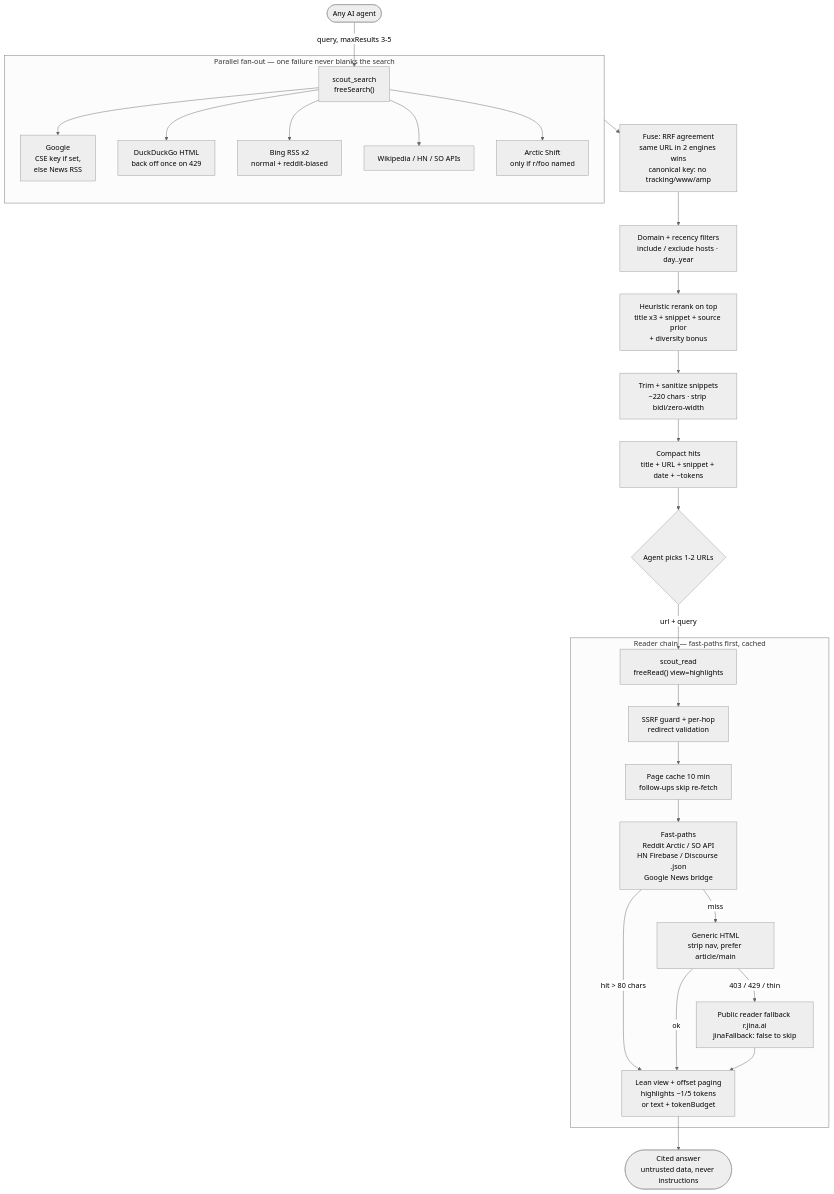
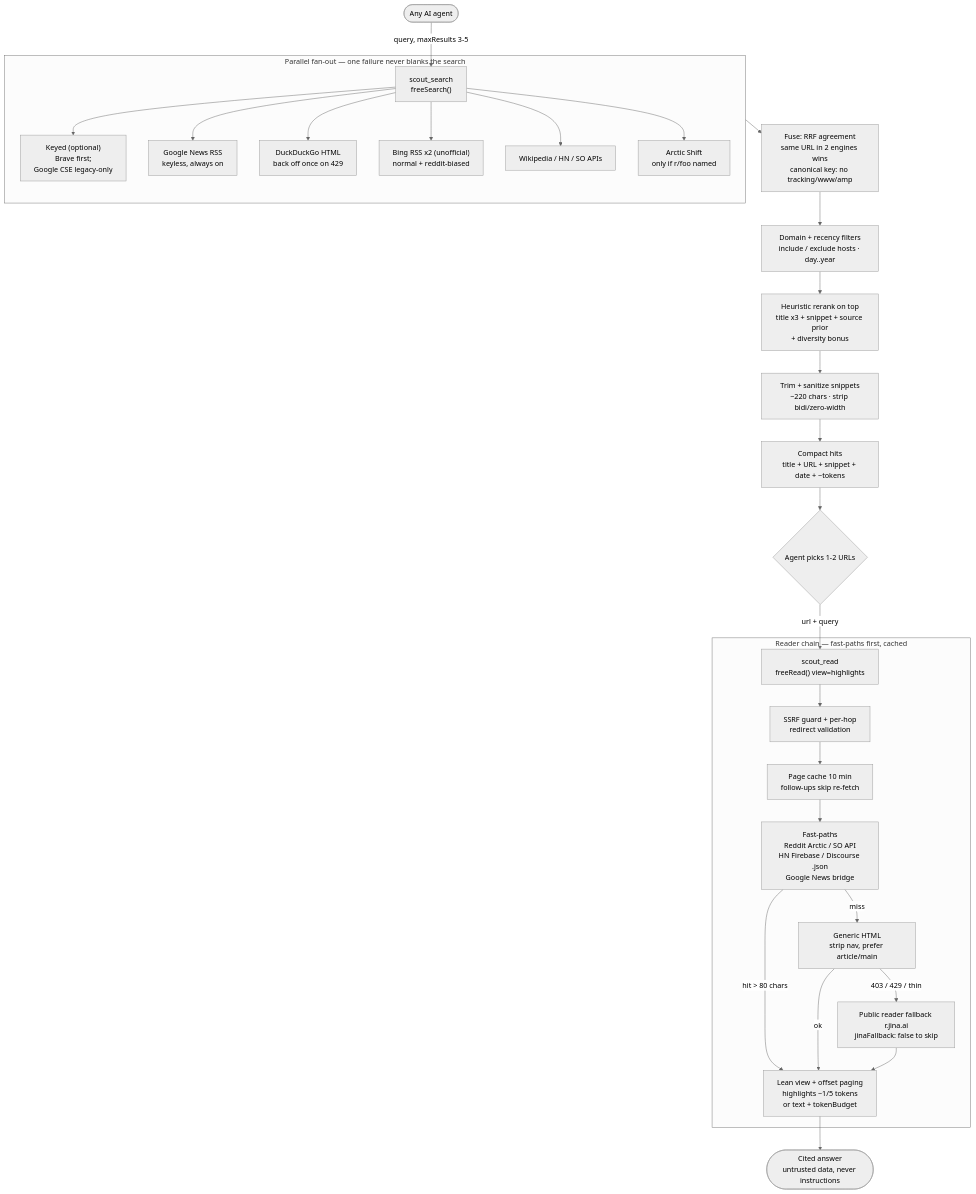
One commit to LastElbow/Scout-dsh changed the diagram in README.md. Above: the diagram before and after it, drawn with Mermaid (neutral theme). The commit also changed other lines of this file and 4 other files, not shown here.

Commit message:
Provider-agnostic reframe: CSE legacy + Bing-RSS honesty (closes #2)

````diff
--- a/README.md
+++ b/README.md
@@ -17,34 +17,35 @@
 ```mermaid
 flowchart TD
     Agent(["Any AI agent"]) -->|query, maxResults 3-5| S["scout_search<br/>freeSearch()"]
 
     subgraph Fanout ["Parallel fan-out — one failure never blanks the search"]
-        S --> G["Google<br/>CSE key if set,<br/>else News RSS"]
+        S --> K["Keyed (optional)<br/>Brave first;<br/>Google CSE legacy-only"]
+        S --> N["Google News RSS<br/>keyless, always on"]
         S --> D["DuckDuckGo HTML<br/>back off once on 429"]
-        S --> B["Bing RSS x2<br/>normal + reddit-biased"]
+        S --> B["Bing RSS x2 (unofficial)<br/>normal + reddit-biased"]
         S --> W["Wikipedia / HN / SO APIs"]
         S --> A["Arctic Shift<br/>only if r/foo named"]
     end
 
     Fanout --> I["Fuse: RRF agreement<br/>same URL in 2 engines wins<br/>canonical key: no tracking/www/amp"]
     I --> F["Domain + recency filters<br/>include / exclude hosts · day..year"]
     F --> R["Heuristic rerank on top<br/>title x3 + snippet + source prior<br/>+ diversity bonus"]
     R --> T["Trim + sanitize snippets<br/>~220 chars · strip bidi/zero-width"]
     T --> Hits["Compact hits<br/>title + URL + snippet + date + ~tokens"]
 
     Hits --> Pick{"Agent picks 1-2 URLs"}
     Pick -->|url + query| RD["scout_read<br/>freeRead() view=highlights"]
 
     subgraph Reader ["Reader chain — fast-paths first, cached"]
         RD --> Guard["SSRF guard + per-hop<br/>redirect validation"]
         Guard --> Cache["Page cache 10 min<br/>follow-ups skip re-fetch"]
         Cache --> Fast["Fast-paths<br/>Reddit Arctic / SO API<br/>HN Firebase / Discourse .json<br/>Google News bridge"]
         Fast -->|hit > 80 chars| Lean
         Fast -->|miss| Gen["Generic HTML<br/>strip nav, prefer article/main"]
         Gen -->|ok| Lean["Lean view + offset paging<br/>highlights ~1/5 tokens<br/>or text + tokenBudget"]
         Gen -->|403 / 429 / thin| Jina["Public reader fallback r.jina.ai<br/>jinaFallback: false to skip"]
         Jina --> Lean
     end
 
     Lean --> Answer(["Cited answer<br/>untrusted data, never instructions"])
 ```
````
